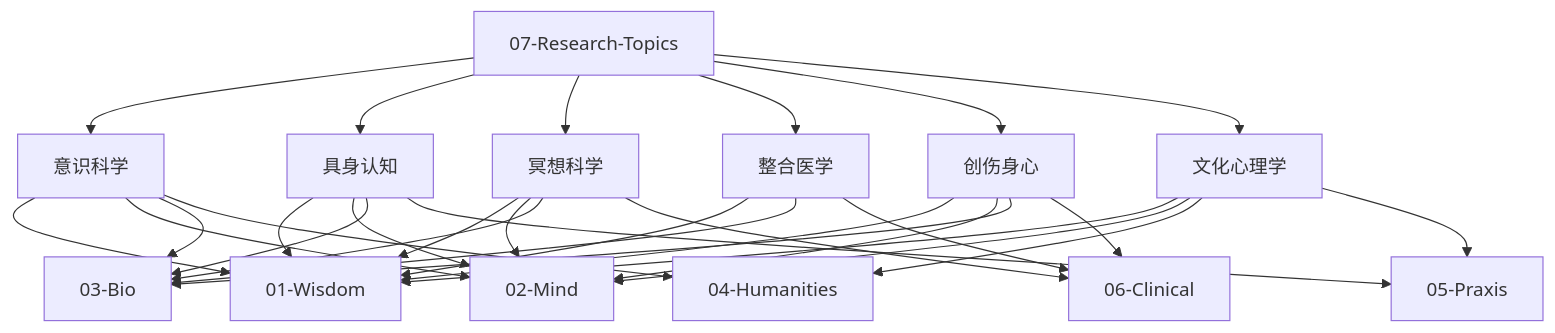
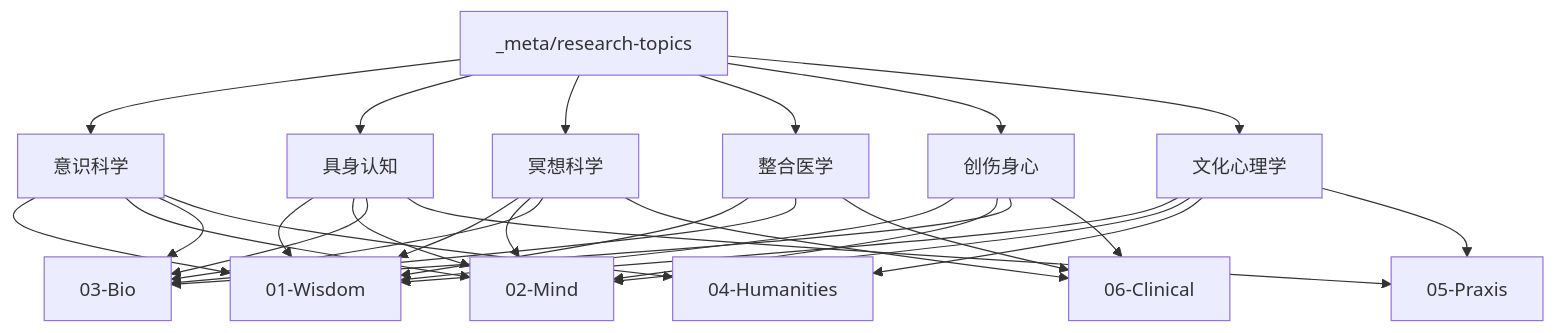
Before and after one commit to peace-lab-global/peace-lab-database: the diagram in _meta/topic-maps/Research_Topics_Ecosystem.md, drawn with Mermaid. The commit also changed other lines of this file and 1340 other files, not shown here.

````diff
--- a/_meta/topic-maps/Research_Topics_Ecosystem.md
+++ b/_meta/topic-maps/Research_Topics_Ecosystem.md
@@ -13,54 +13,54 @@
 ```mermaid
 graph TB
-    RT[07-Research-Topics]
+    RT[_meta/research-topics]
 
     CS[意识科学]
     EC[具身认知]
     CSc[冥想科学]
     IM[整合医学]
     TBM[创伤身心]
     CP[文化心理学]
 
     RT --> CS
     RT --> EC
     RT --> CSc
     RT --> IM
     RT --> TBM
     RT --> CP
 
     W[01-Wisdom]
     M[02-Mind]
     B[03-Bio]
     H[04-Humanities]
     P[05-Praxis]
     CT[06-Clinical]
 
     CS --> W
     CS --> M
     CS --> B
     CS --> H
 
     EC --> W
     EC --> M
     EC --> B
     EC --> P
 
     CSc --> W
     CSc --> M
     CSc --> B
     CSc --> CT
 
     IM --> W
     IM --> B
     IM --> CT
 
     TBM --> W
     TBM --> M
     TBM --> B
     TBM --> CT
 
     CP --> W
     CP --> M
     CP --> H
     CP --> P
 ```
````
